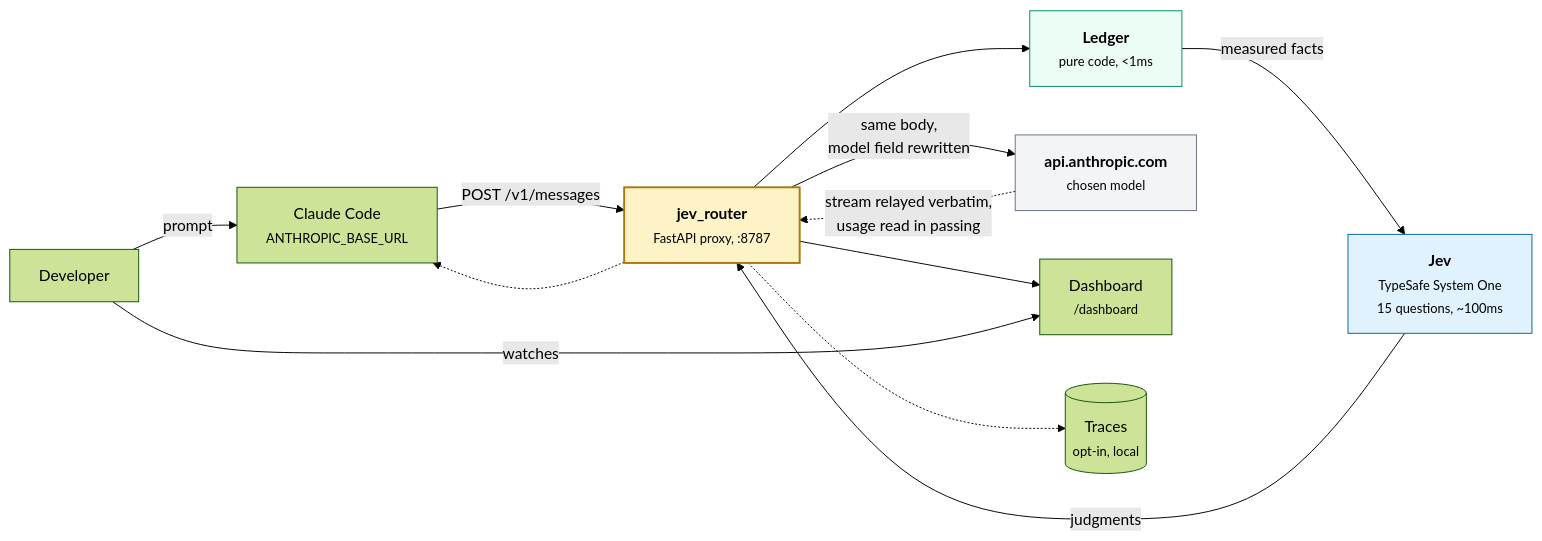
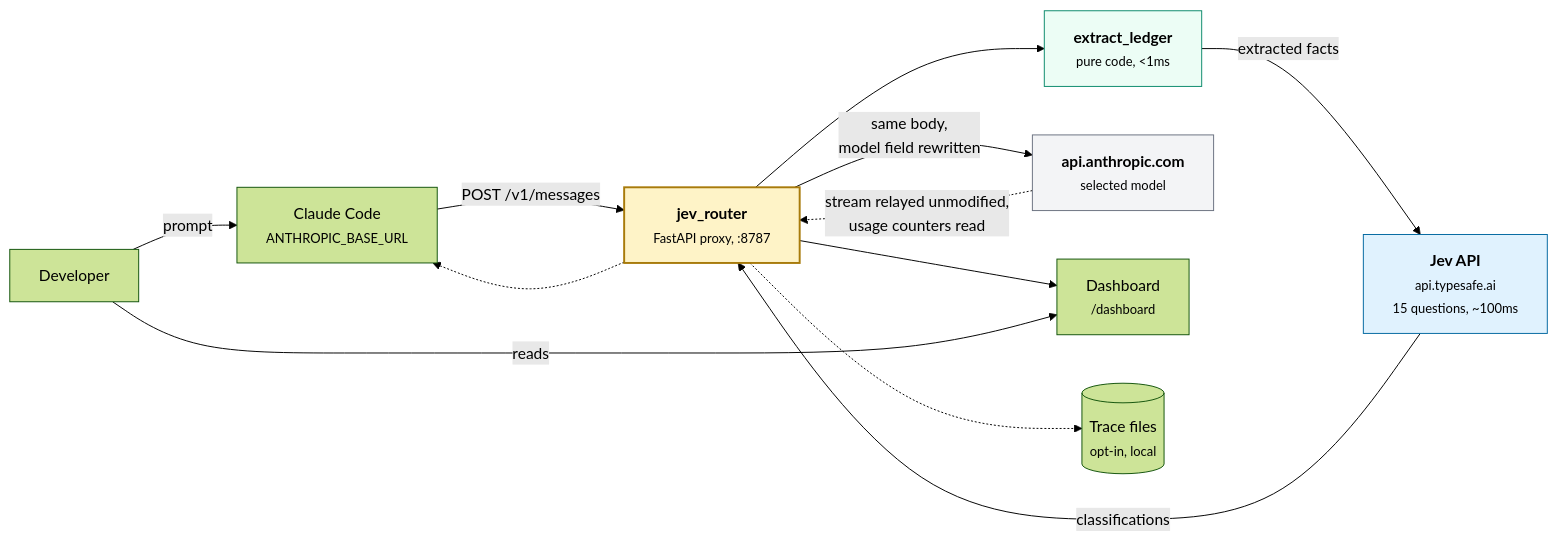
Before and after one commit to tgiridhar/claude-code-jev-smart-router: the diagram in README.md, drawn with Mermaid (forest theme). The commit also changed other lines of this file and 6 other files, not shown here.

````diff
--- a/README.md
+++ b/README.md
@@ -40,28 +109,28 @@
 ```mermaid
 flowchart LR
     dev["Developer"]
     cc["Claude Code<br/><small>ANTHROPIC_BASE_URL</small>"]
     r["<b>jev_router</b><br/><small>FastAPI proxy, :8787</small>"]
-    led["<b>Ledger</b><br/><small>pure code, &lt;1ms</small>"]
-    jev["<b>Jev</b><br/><small>TypeSafe System One<br/>15 questions, ~100ms</small>"]
-    up["<b>api.anthropic.com</b><br/><small>chosen model</small>"]
+    led["<b>extract_ledger</b><br/><small>pure code, &lt;1ms</small>"]
+    jev["<b>Jev API</b><br/><small>api.typesafe.ai<br/>15 questions, ~100ms</small>"]
+    up["<b>api.anthropic.com</b><br/><small>selected model</small>"]
     dash["Dashboard<br/><small>/dashboard</small>"]
-    tr[("Traces<br/><small>opt-in, local</small>")]
+    tr[("Trace files<br/><small>opt-in, local</small>")]
 
     dev -->|prompt| cc
     cc -->|"POST /v1/messages"| r
     r --> led
-    led -->|"measured facts"| jev
-    jev -->|"judgments"| r
+    led -->|"extracted facts"| jev
+    jev -->|"classifications"| r
     r -->|"same body,<br/>model field rewritten"| up
-    up -.->|"stream relayed verbatim,<br/>usage read in passing"| r
+    up -.->|"stream relayed unmodified,<br/>usage counters read"| r
     r -.-> cc
     r --> dash
     r -.-> tr
-    dev -->|watches| dash
+    dev -->|reads| dash
 
     style r fill:#fef3c7,stroke:#a87b0b,stroke-width:2px
     style jev fill:#e0f2fe,stroke:#0369a1
     style led fill:#ecfdf5,stroke:#0c8a6c
     style up fill:#f3f4f6,stroke:#6b7280
 ```
````
